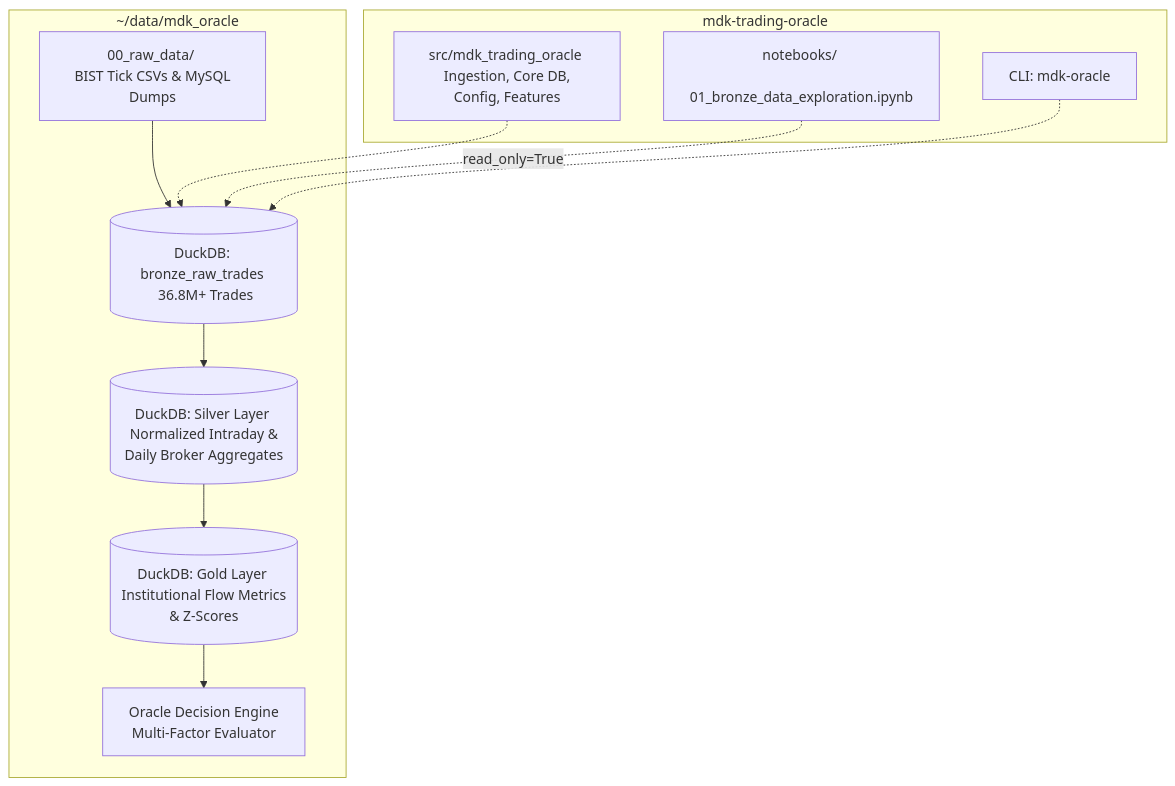
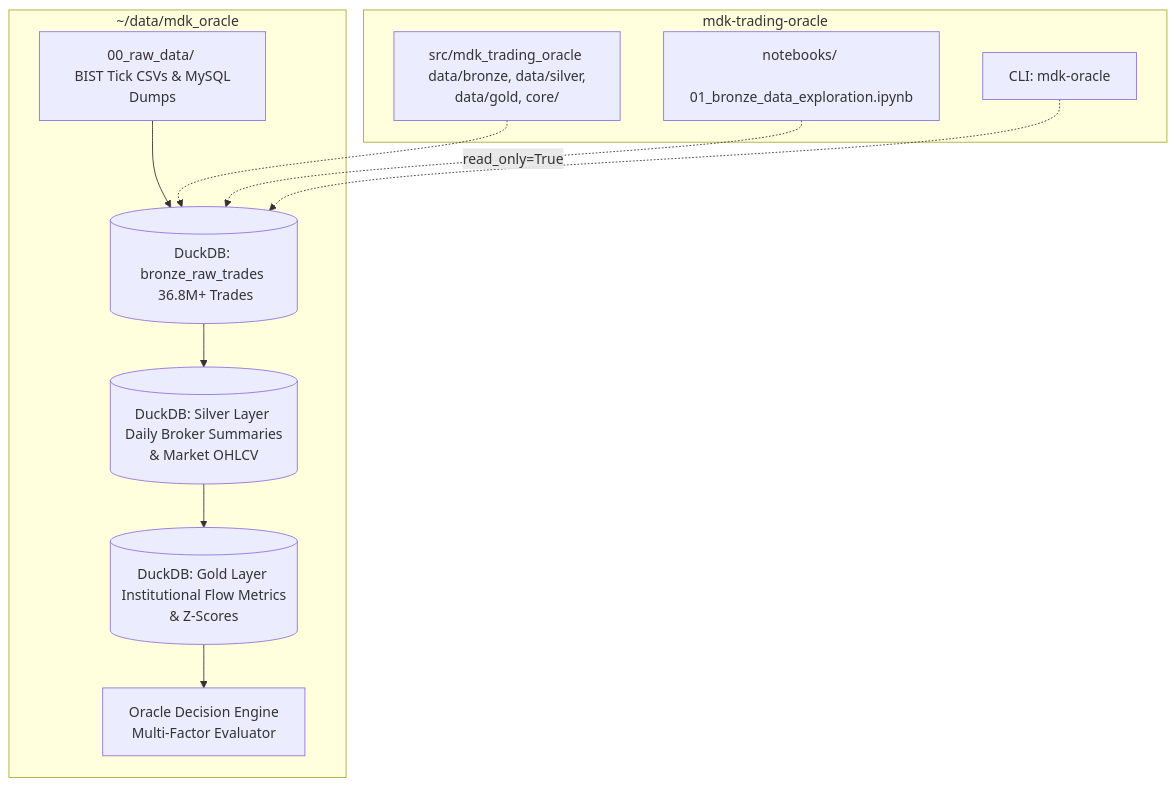
The diagram in README.md (ozy-mdk/mdk-trade-oracle), drawn with Mermaid before and after one commit. The commit also changed other lines of this file and 16 other files, not shown here.

Commit message:
refactor(data): implement Databricks-style Medallion Lakehouse (bronze, silver, gold) and high-speed aggregation pipeline

````diff
--- a/README.md
+++ b/README.md
@@ -11,19 +11,19 @@
 ```mermaid
 flowchart TD
     subgraph External Data Lakehouse [~/data/mdk_oracle]
         A[00_raw_data/ <br> BIST Tick CSVs & MySQL Dumps] --> B[(DuckDB: bronze_raw_trades <br> 36.8M+ Trades)]
-        B --> C[(DuckDB: Silver Layer <br> Normalized Intraday & Daily Broker Aggregates)]
+        B --> C[(DuckDB: Silver Layer <br> Daily Broker Summaries & Market OHLCV)]
         C --> D[(DuckDB: Gold Layer <br> Institutional Flow Metrics & Z-Scores)]
         D --> E[Oracle Decision Engine <br> Multi-Factor Evaluator]
     end
 
     subgraph Code Repository [mdk-trading-oracle]
-        F[src/mdk_trading_oracle <br> Ingestion, Core DB, Config, Features]
+        F[src/mdk_trading_oracle <br> data/bronze, data/silver, data/gold, core/]
         G[notebooks/ <br> 01_bronze_data_exploration.ipynb]
         H[CLI: mdk-oracle]
     end
 
     F -.-> B
     G -.->|read_only=True| B
     H -.-> B
 ```
````
